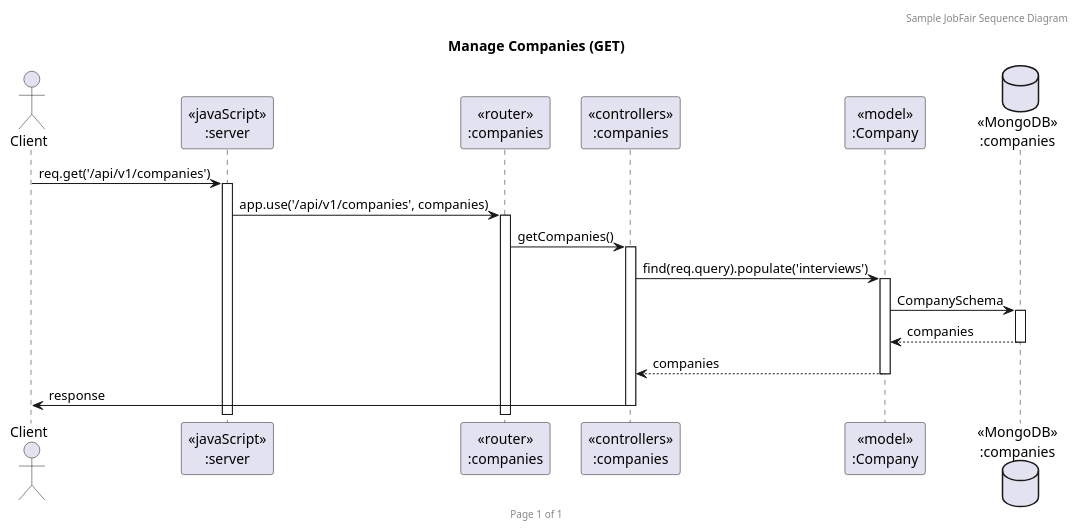
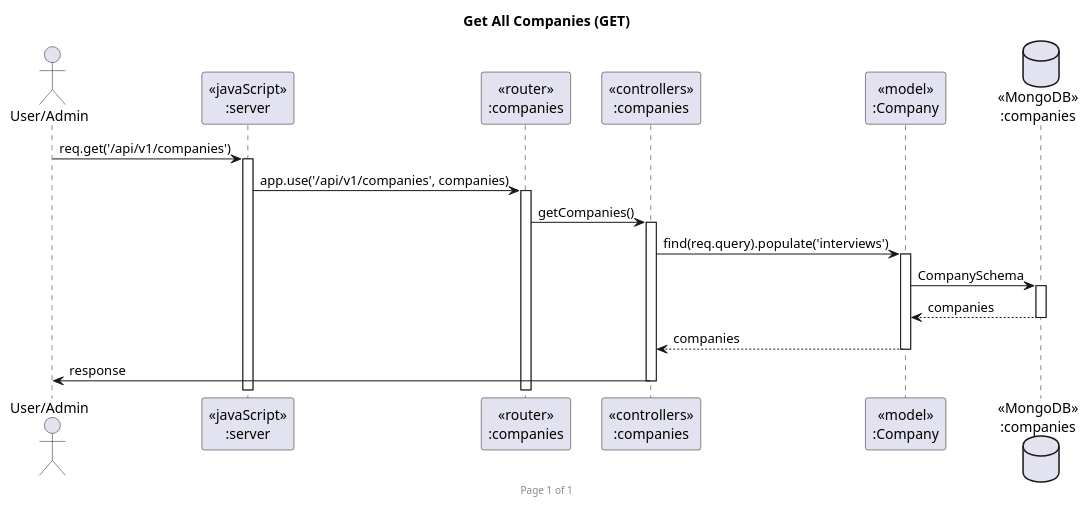
Before and after one commit to 2110503-CEDT68/be-project-68-vacq: the fifth of 15 diagrams in uml/sequence-diagram.puml, drawn with PlantUML. The commit also changed other lines of this file and 27 other files, not shown here.

Commit message:
Edit sequence diagram

```diff
--- a/uml/sequence-diagram.puml
+++ b/uml/sequence-diagram.puml
@@ -91,23 +87,22 @@
-@startuml Manage Companies (GET)
+@startuml Get All Companies (GET)
 
-header Sample JobFair Sequence Diagram
 footer Page %page% of %lastpage%
-title "Manage Companies (GET)"
+title "Get All Companies (GET)"
 
-actor "Client" as client
+actor "User/Admin" as client
 participant "<<javaScript>>\n:server" as server
 participant "<<router>>\n:companies" as routerCompanies
 participant "<<controllers>>\n:companies" as controllersCompanies
 participant "<<model>>\n:Company" as modelCompany
 database "<<MongoDB>>\n:companies" as CompaniesDatabase
 
 client->server ++: req.get('/api/v1/companies')
 server->routerCompanies ++: app.use('/api/v1/companies', companies)
 routerCompanies -> controllersCompanies ++: getCompanies()
 controllersCompanies->modelCompany ++: find(req.query).populate('interviews')
 modelCompany ->CompaniesDatabase ++: CompanySchema
 CompaniesDatabase --> modelCompany --: companies
 controllersCompanies <-- modelCompany --: companies
 controllersCompanies->client --: response
 
 @enduml
```
